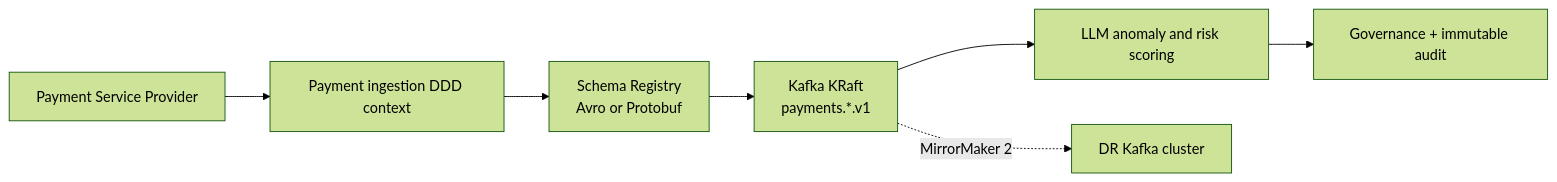
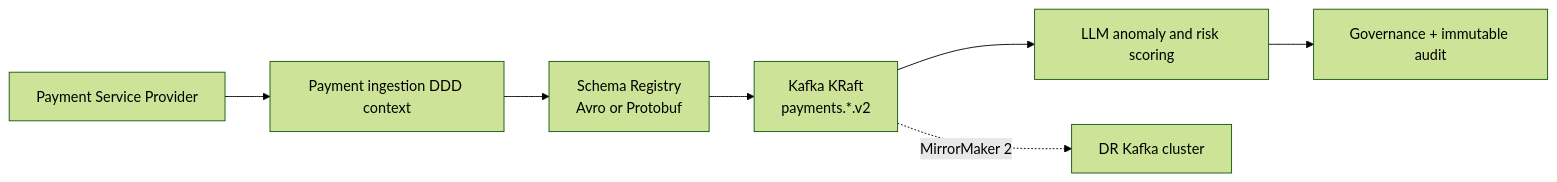
Diagram 11 of 12 in docs/TOGAF_Architecture_Definition.md (amazen33/omni-stream-RAG-mesh), drawn with Mermaid (forest theme) before and after one commit. The commit also changed other lines of this file, not shown here.

Commit message:
Update docs/TOGAF_Architecture_Definition.md - 2026-09-20 21:19

````diff
--- a/docs/TOGAF_Architecture_Definition.md
+++ b/docs/TOGAF_Architecture_Definition.md
@@ -417,9 +417,9 @@
 ```mermaid
 flowchart LR
     PSP[Payment Service Provider] --> Ingest[Payment ingestion DDD context]
     Ingest --> Registry[Schema Registry<br/>Avro or Protobuf]
-    Registry --> Kafka[Kafka KRaft<br/>payments.*.v1]
+    Registry --> Kafka[Kafka KRaft<br/>payments.*.v2]
     Kafka --> Risk[LLM anomaly and risk scoring]
     Kafka -. MirrorMaker 2 .-> DR[DR Kafka cluster]
     Risk --> Audit[Governance + immutable audit]
 ```
````
